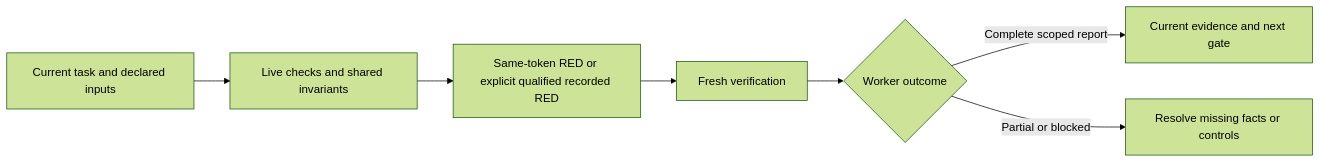
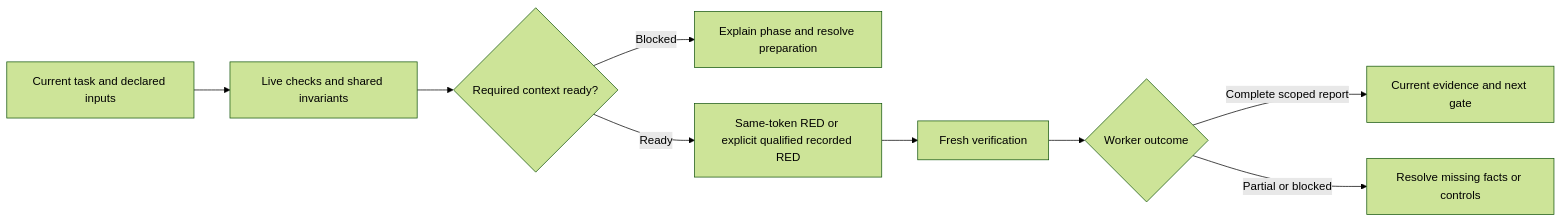
One commit to wgentil/devflow changed the diagram in skills/build-work/SKILL.md. Above: the diagram before and after it, drawn with Mermaid (forest theme). The commit also changed other lines of this file and 16 other files, not shown here.

````diff
--- a/skills/build-work/SKILL.md
+++ b/skills/build-work/SKILL.md
@@ -14,9 +14,11 @@
 ```mermaid
 flowchart LR
     Scope[Current task and declared inputs] --> Checks[Live checks and shared invariants]
-    Checks --> Source[Same-token RED or explicit qualified recorded RED]
+    Checks --> Prep{Required context ready?}
+    Prep -->|Blocked| Context[Explain phase and resolve preparation]
+    Prep -->|Ready| Source[Same-token RED or explicit qualified recorded RED]
     Source --> Work[Fresh verification]
     Work --> Result{Worker outcome}
     Result -->|Complete scoped report| Evidence[Current evidence and next gate]
     Result -->|Partial or blocked| Recover[Resolve missing facts or controls]
 ```
````
